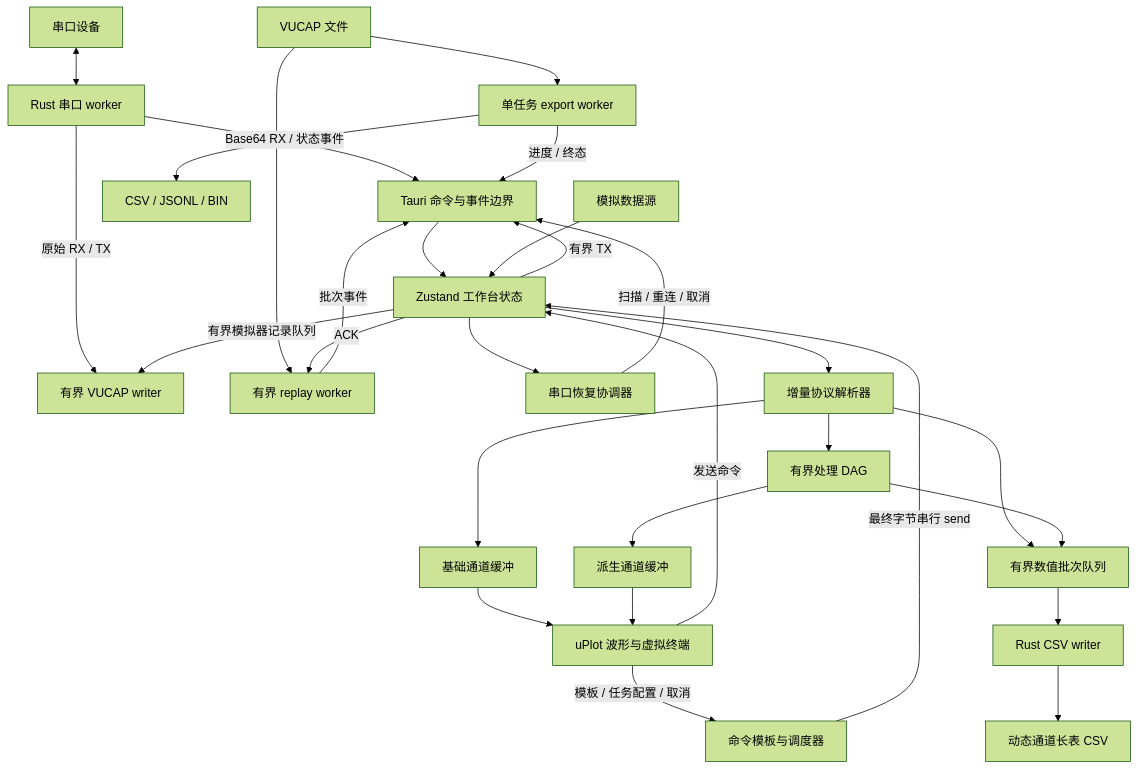
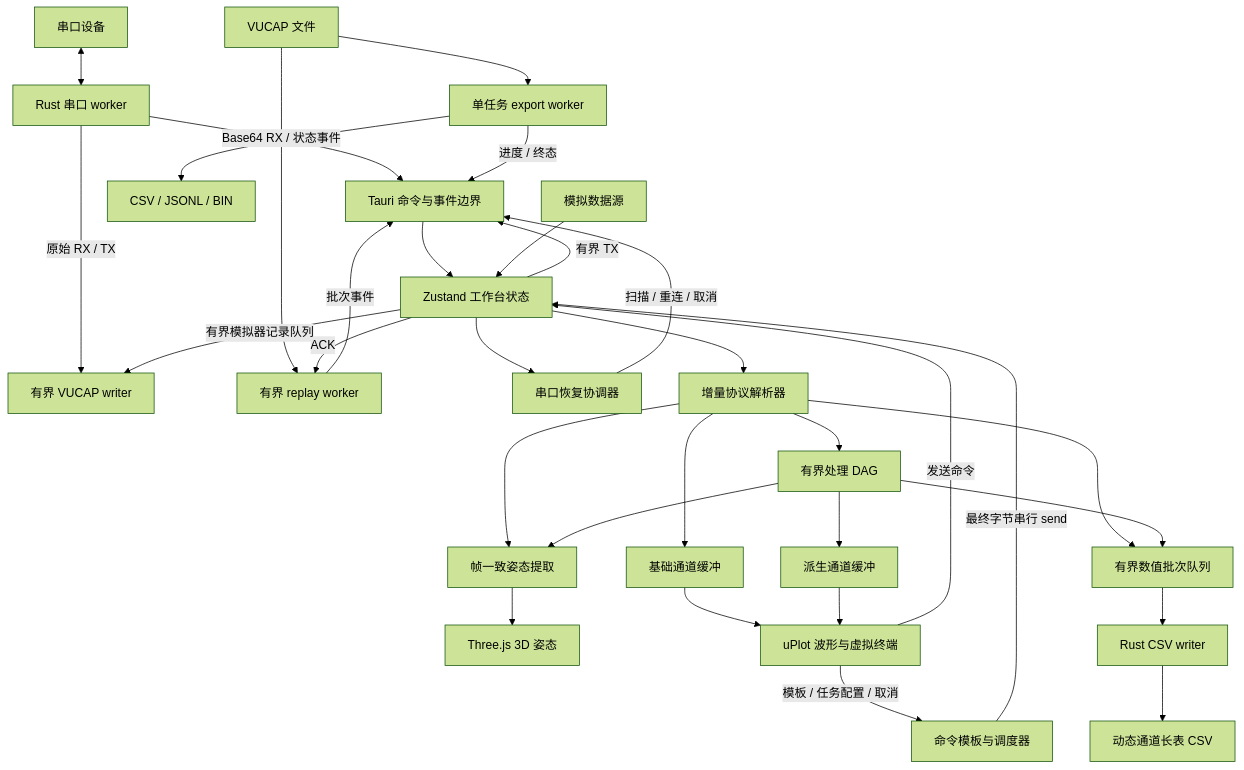
The first of 2 diagrams in docs/architecture.md (woai66/Vofa-Ultra), drawn with Mermaid (forest theme) before and after one commit. The commit also changed other lines of this file and 22 other files, not shown here.

Commit message:
feat: add frame-safe 3d attitude view

````diff
--- a/docs/architecture.md
+++ b/docs/architecture.md
@@ -9,31 +9,34 @@
 ```mermaid
 flowchart TB
     Device[串口设备] <--> Worker[Rust 串口 worker]
     Worker -->|Base64 RX / 状态事件| Bridge[Tauri 命令与事件边界]
     Worker -->|原始 RX / TX| Recorder[有界 VUCAP writer]
     CaptureFile[VUCAP 文件] --> Replayer[有界 replay worker]
     CaptureFile --> Exporter[单任务 export worker]
     Exporter --> ExportFile[CSV / JSONL / BIN]
     Exporter -->|进度 / 终态| Bridge
     Replayer -->|批次事件| Bridge
     Store -->|ACK| Replayer
     Bridge --> Store[Zustand 工作台状态]
     Store --> Recovery[串口恢复协调器]
     Recovery -->|扫描 / 重连 / 取消| Bridge
     Store --> Parsers[增量协议解析器]
     Parsers --> RawBuffers[基础通道缓冲]
     Parsers --> Processing[有界处理 DAG]
     Processing --> DerivedBuffers[派生通道缓冲]
+    Parsers --> Attitude[帧一致姿态提取]
+    Processing --> Attitude
+    Attitude --> AttitudeView[Three.js 3D 姿态]
     Parsers --> NumericQueue[有界数值批次队列]
     Processing --> NumericQueue
     NumericQueue --> NumericWriter[Rust CSV writer]
     NumericWriter --> NumericFile[动态通道长表 CSV]
     RawBuffers --> Views[uPlot 波形与虚拟终端]
     DerivedBuffers --> Views
     Views -->|模板 / 任务配置 / 取消| Commands[命令模板与调度器]
     Commands -->|最终字节串行 send| Store
     Simulator[模拟数据源] --> Store
     Store -->|有界模拟器记录队列| Recorder
     Views -->|发送命令| Store
     Store -->|有界 TX| Bridge
 ```
````
